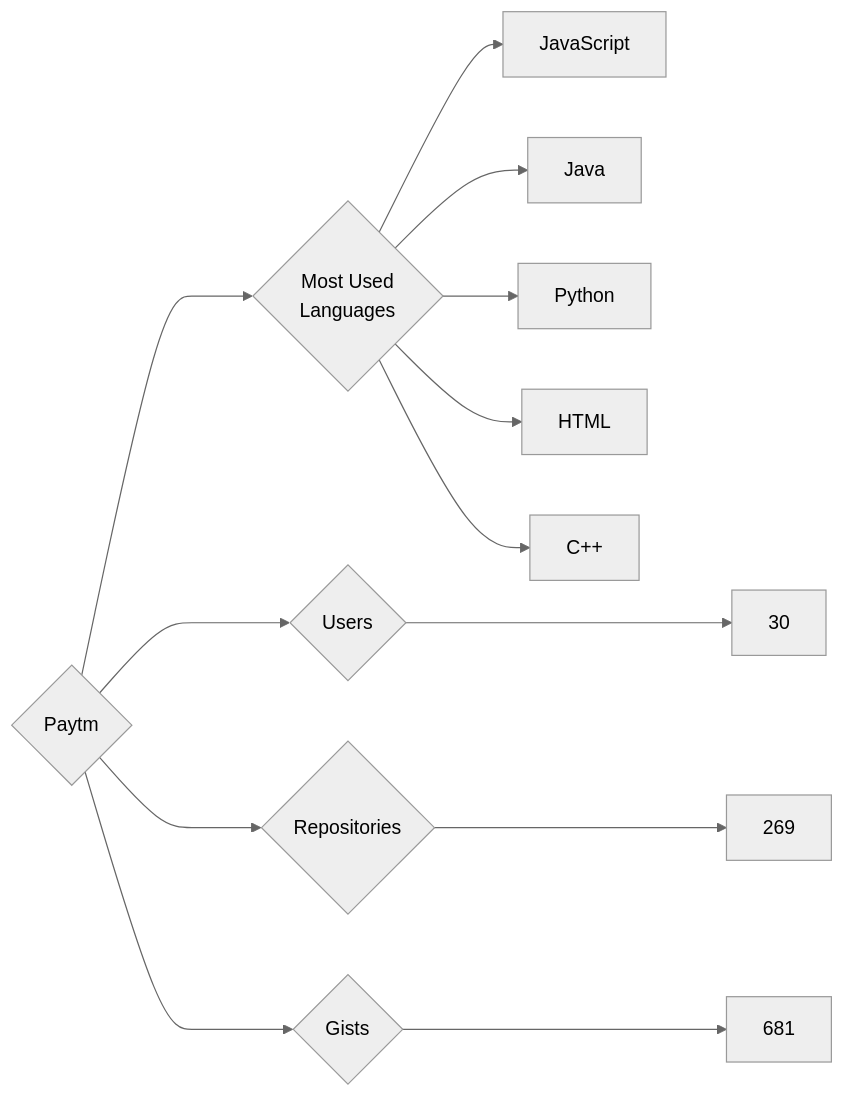
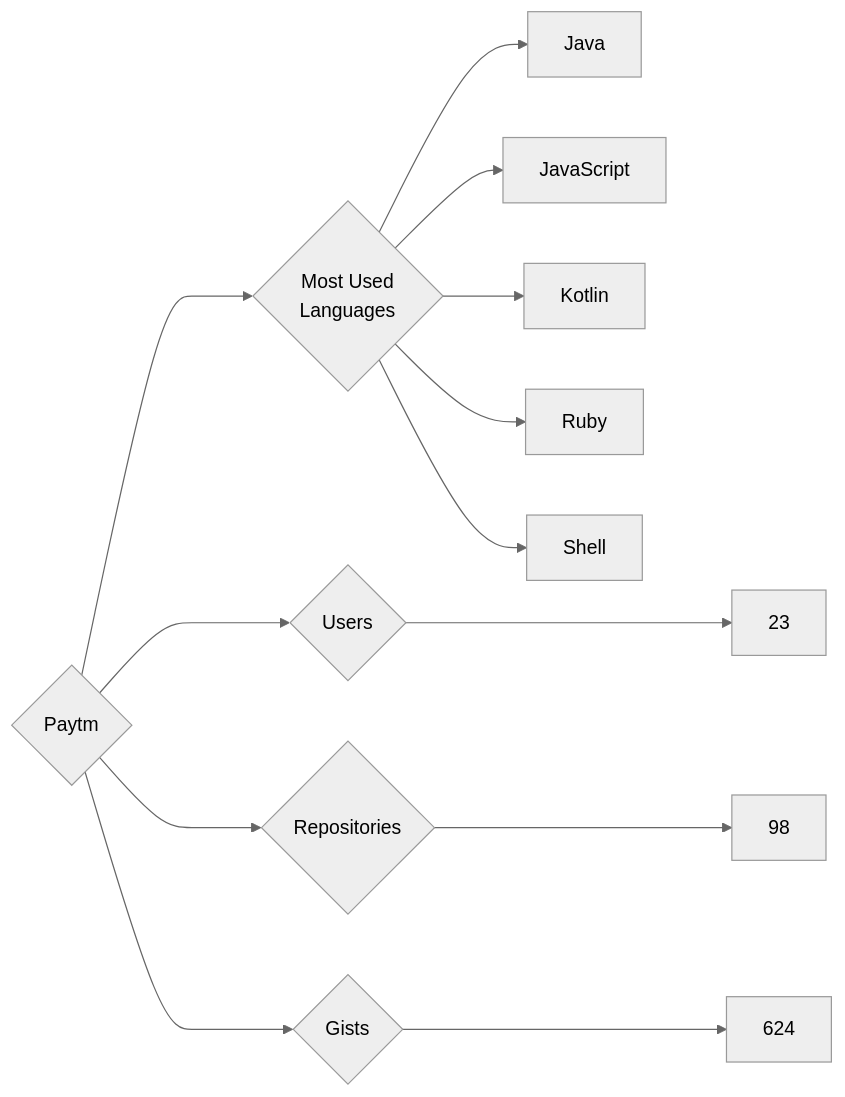
Before and after one commit to trickest/insiders: the diagram in targets/Paytm/README.md, drawn with Mermaid (neutral theme). The commit also changed 1696 other files, not shown here.

````diff
--- a/targets/Paytm/README.md
+++ b/targets/Paytm/README.md
@@ -3,13 +3,13 @@
 ```mermaid
 graph LR
 COMPANY_NAME{Paytm}
-COMPANY_NAME ---> U{Users} ---> UN[30]
-COMPANY_NAME ---> R{Repositories} ---> RN[269]
-COMPANY_NAME ---> G{Gists} ---> GN[681]
+COMPANY_NAME ---> U{Users} ---> UN[23]
+COMPANY_NAME ---> R{Repositories} ---> RN[98]
+COMPANY_NAME ---> G{Gists} ---> GN[624]
 COMPANY_NAME ---> ML{Most Used<br>Languages}
+ML --> Java[Java]
 ML --> JavaScript[JavaScript]
-ML --> Java[Java]
-ML --> Python[Python]
-ML --> HTML[HTML]
-ML --> C++[C++]
+ML --> Kotlin[Kotlin]
+ML --> Ruby[Ruby]
+ML --> Shell[Shell]
 ```
````
